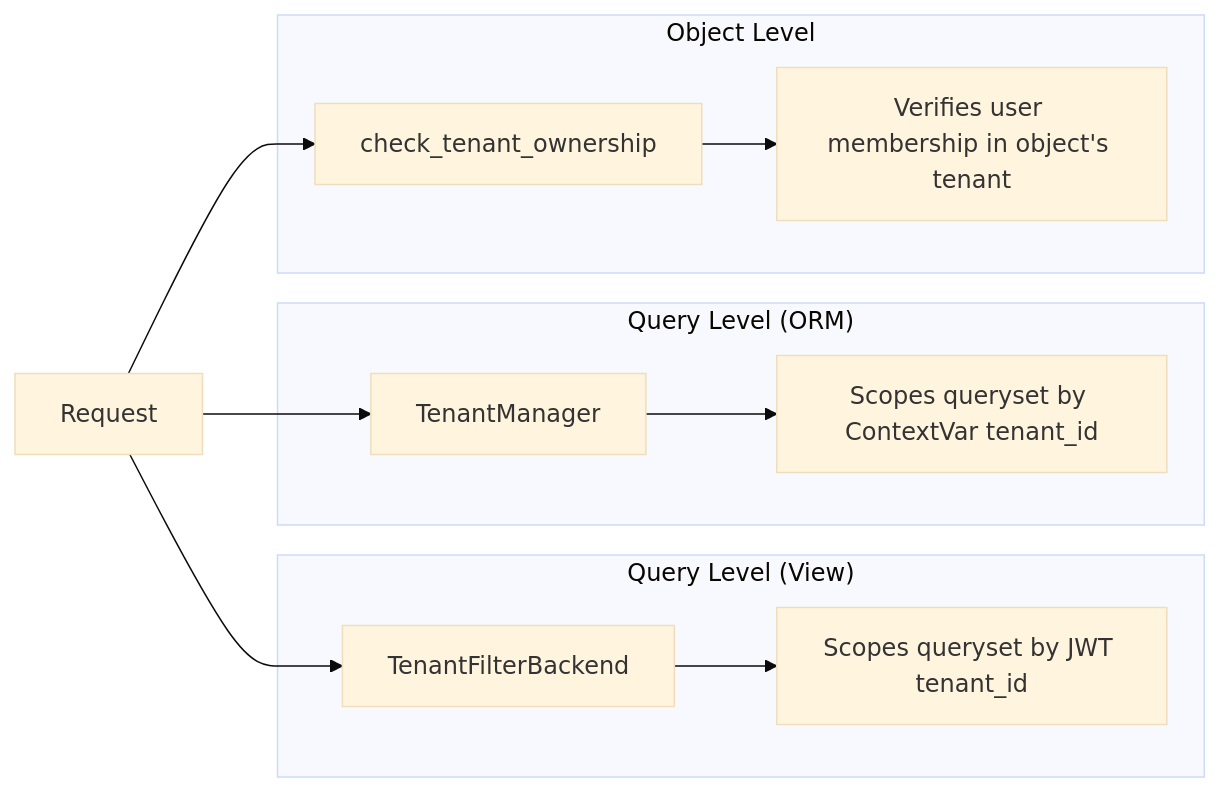
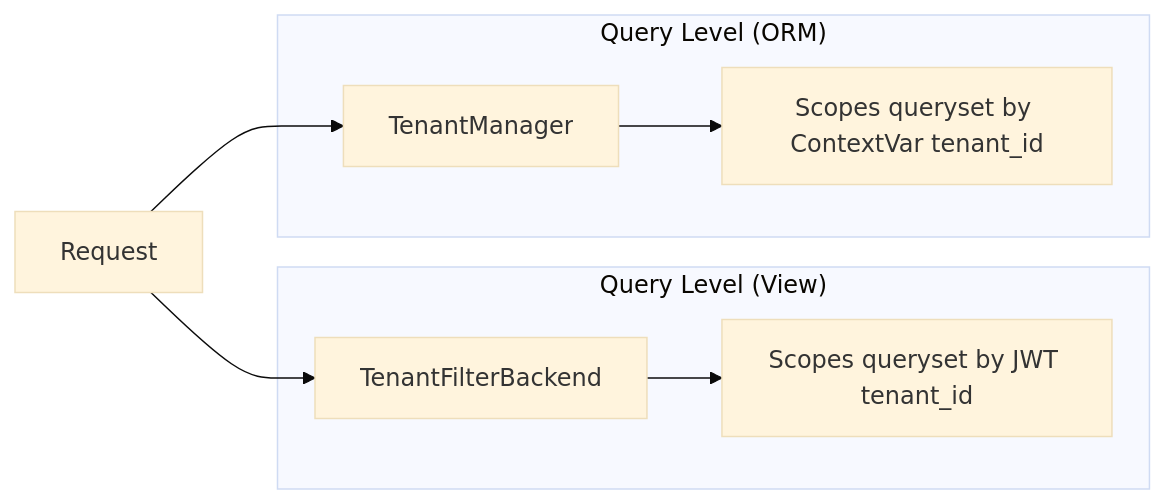
The third of 3 diagrams in docs/guidelines/access-control.md (camercadop/drf-enterprise-information-platform), drawn with Mermaid (base theme) before and after one commit. The commit also changed other lines of this file and 27 other files, not shown here.

````diff
--- a/docs/guidelines/access-control.md
+++ b/docs/guidelines/access-control.md
@@ -440,18 +443,13 @@
 ```mermaid
 flowchart LR
     subgraph "Query Level (View)"
         A[TenantFilterBackend] --> B[Scopes queryset by JWT tenant_id]
     end
 
     subgraph "Query Level (ORM)"
         F[TenantManager] --> G[Scopes queryset by ContextVar tenant_id]
     end
 
-    subgraph "Object Level"
-        C[check_tenant_ownership] --> D[Verifies user membership in object's tenant]
-    end
-
     E[Request] --> A
     E --> F
-    E --> C
 ```
````
